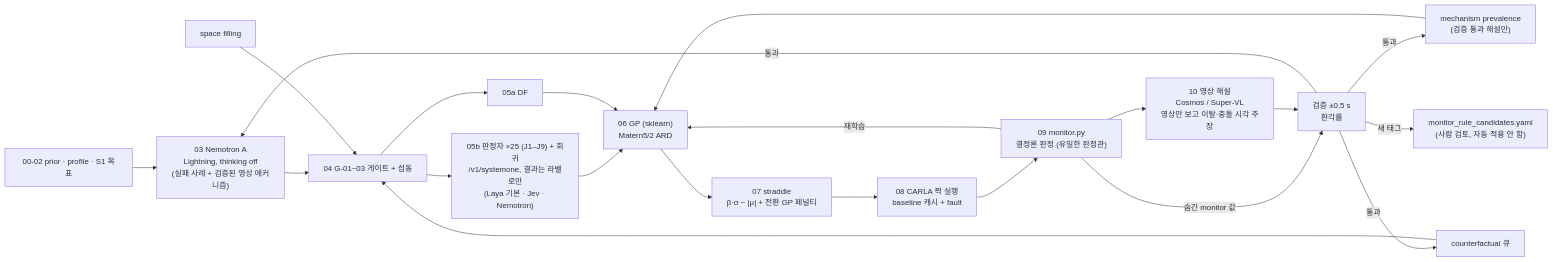
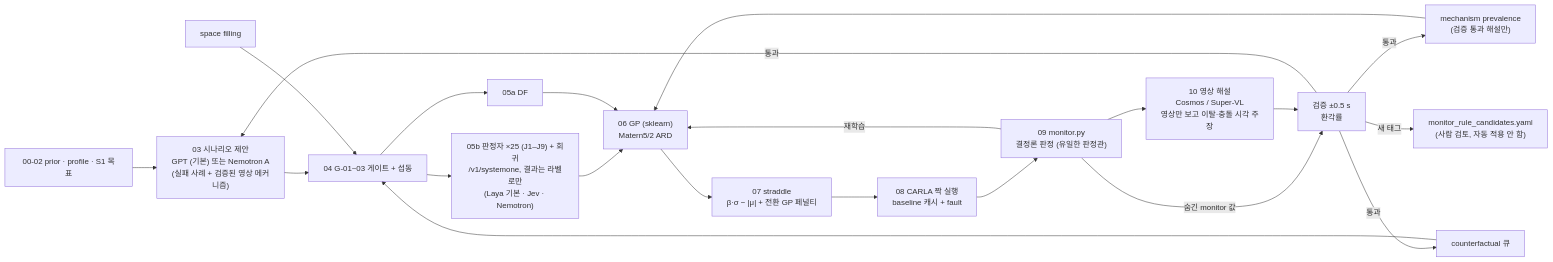
The third of 3 diagrams in README.md (yoonju04/SIL_HACKATHON), drawn with Mermaid before and after one commit. The commit also changed other lines of this file and 9 other files, not shown here.

First line of the commit message:
03 proposer: swappable GPT backend (default), Nemotron A still selectable

````diff
--- a/README.md
+++ b/README.md
@@ -312,23 +317,23 @@
 ```mermaid
 flowchart LR
-    P["00-02 prior · profile · S1 목표"] --> A["03 Nemotron A<br/>Lightning, thinking off<br/>(실패 사례 + 검증된 영상 메커니즘)"]
+    P["00-02 prior · profile · S1 목표"] --> A["03 시나리오 제안<br/>GPT (기본) 또는 Nemotron A<br/>(실패 사례 + 검증된 영상 메커니즘)"]
     A --> G["04 G-01~03 게이트 + 섭동"]
     SF["space filling"] --> G
     CF["counterfactual 큐"] --> G
     G --> B["05b 판정자 ×25 (J1–J9) + 회귀<br/>/v1/systemone, 결과는 라벨로만<br/>(Laya 기본 · Jev · Nemotron)"]
     G --> D["05a DF"]
     B --> GP["06 GP (sklearn)<br/>Matern5/2 ARD"]
     D --> GP
     M2["mechanism prevalence<br/>(검증 통과 해설만)"] --> GP
     GP --> O["07 straddle<br/>β·σ − |μ| + 전환 GP 페널티"]
     O --> C["08 CARLA 짝 실행<br/>baseline 캐시 + fault"]
     C --> MO["09 monitor.py<br/>결정론 판정 (유일한 판정관)"]
     MO --> V["10 영상 해설<br/>Cosmos / Super-VL<br/>영상만 보고 이탈·충돌 시각 주장"]
     MO -- "숨긴 monitor 값" --> VF["검증 ±0.5 s<br/>환각률"]
     V --> VF
     VF -- "통과" --> A
     VF -- "통과" --> M2
     VF -- "통과" --> CF
     VF -- "새 태그" --> R["monitor_rule_candidates.yaml<br/>(사람 검토, 자동 적용 안 함)"]
     MO -- "재학습" --> GP
 ```
````
